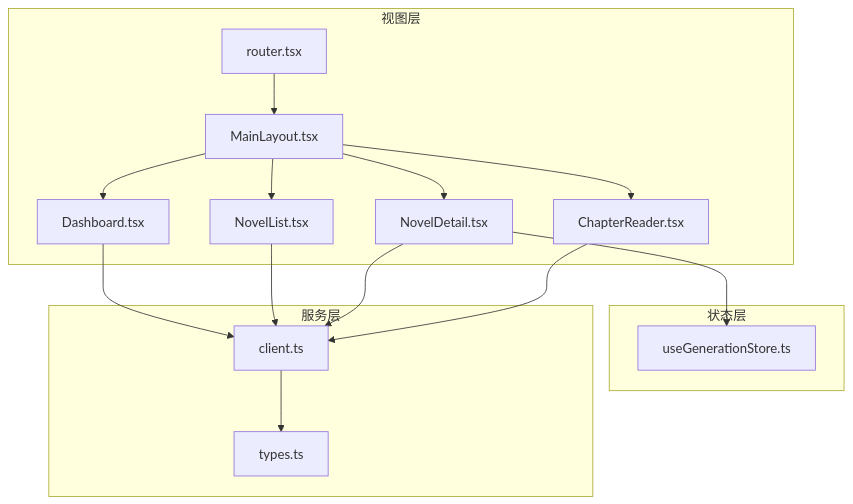
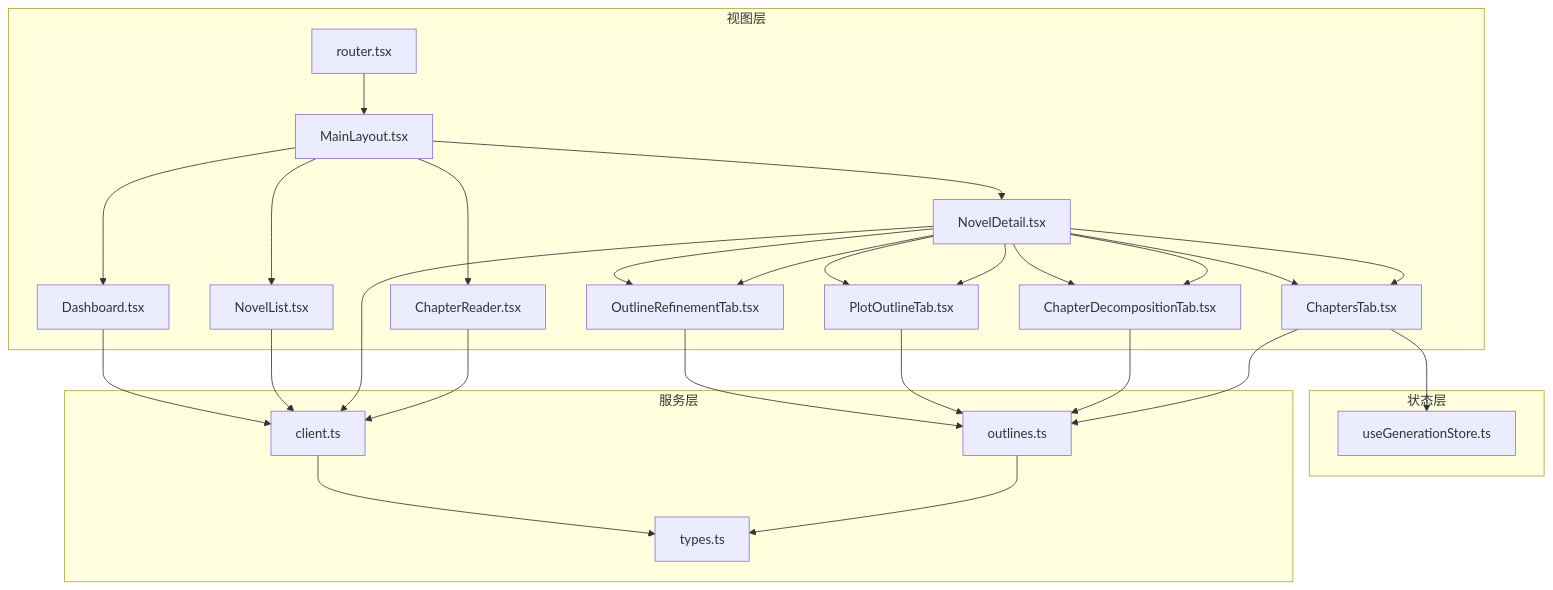
Before and after one commit to xfbyxq/ai-novel-system: the second of 9 diagrams in .qoder/repowiki/zh/content/前端架构/前端架构.md, drawn with Mermaid. The commit also changed other lines of this file and 6 other files, not shown here.

First line of the commit message:
feat(architecture): 完善智能体系统核心组件与架构文档

````diff
--- a/.qoder/repowiki/zh/content/前端架构/前端架构.md
+++ b/.qoder/repowiki/zh/content/前端架构/前端架构.md
@@ -117,29 +142,43 @@
 ```mermaid
 graph TB
 subgraph "视图层"
 R["router.tsx"]
 L["MainLayout.tsx"]
 P1["Dashboard.tsx"]
 P2["NovelList.tsx"]
 P3["NovelDetail.tsx"]
-P4["ChapterReader.tsx"]
+P3 --> P4["OutlineRefinementTab.tsx"]
+P3 --> P5["PlotOutlineTab.tsx"]
+P3 --> P6["ChapterDecompositionTab.tsx"]
+P3 --> P7["ChaptersTab.tsx"]
+P8["ChapterReader.tsx"]
 end
 subgraph "状态层"
 Z["useGenerationStore.ts"]
 end
 subgraph "服务层"
 C["client.ts"]
 T["types.ts"]
+O["outlines.ts"]
 end
 R --> L
 L --> P1
 L --> P2
 L --> P3
-L --> P4
-P3 --> Z
+P3 --> P4
+P3 --> P5
+P3 --> P6
+P3 --> P7
+L --> P8
+P7 --> Z
 P1 --> C
 P2 --> C
 P3 --> C
-P4 --> C
+P4 --> O
+P5 --> O
+P6 --> O
+P7 --> O
+P8 --> C
 C --> T
+O --> T
 ```
````
